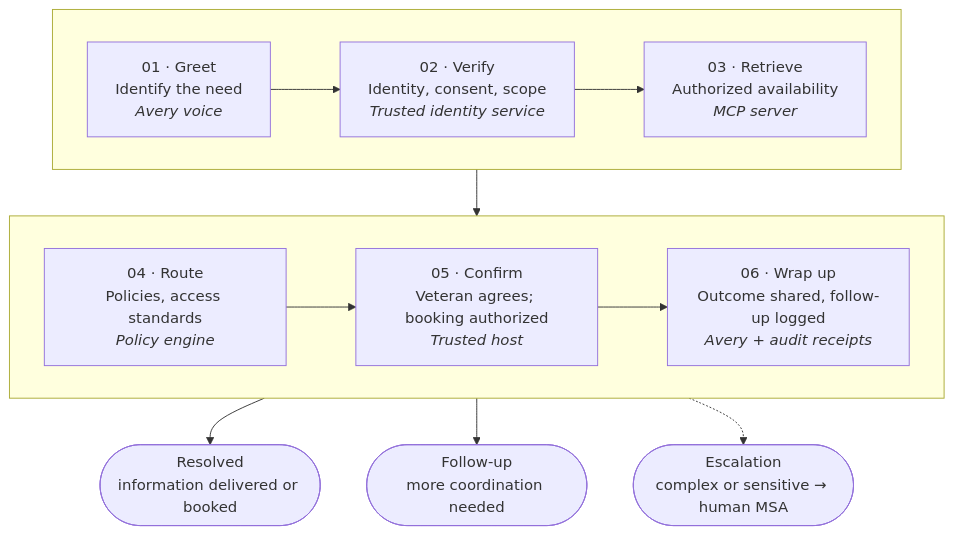
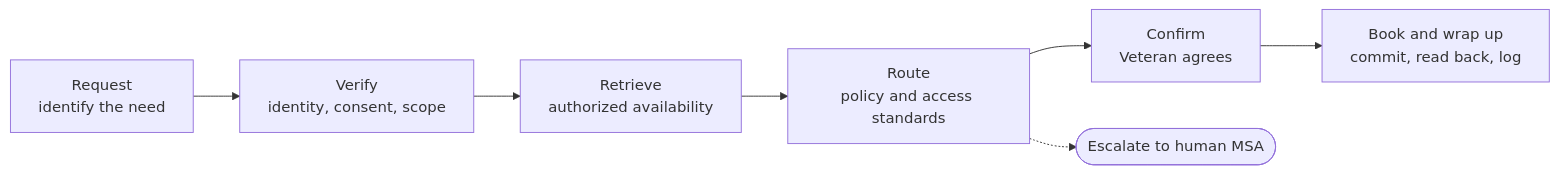
One commit to gsa-mcp-hackathon/veteran-access-bridge-mcp-server changed the diagram in for-judges/01-problem-and-solution/README.md. Above: the diagram before and after it, drawn with Mermaid. The commit also changed other lines of this file, not shown here.

````diff
--- a/for-judges/01-problem-and-solution/README.md
+++ b/for-judges/01-problem-and-solution/README.md
@@ -41,15 +35,9 @@
 ```mermaid
-flowchart TB
-    subgraph J[" "]
-        direction LR
-        A["01 · Greet<br/>Identify the need<br/><i>Avery voice</i>"] --> B["02 · Verify<br/>Identity, consent, scope<br/><i>Trusted identity service</i>"] --> C["03 · Retrieve<br/>Authorized availability<br/><i>MCP server</i>"]
-    end
-    subgraph K[" "]
-        direction LR
-        D["04 · Route<br/>Policies, access standards<br/><i>Policy engine</i>"] --> E["05 · Confirm<br/>Veteran agrees; booking authorized<br/><i>Trusted host</i>"] --> F["06 · Wrap up<br/>Outcome shared, follow-up logged<br/><i>Avery + audit receipts</i>"]
-    end
-    C --> D
-    F --> R1(["Resolved<br/>information delivered or booked"])
-    F --> R2(["Follow-up<br/>more coordination needed"])
-    D -.-> R3(["Escalation<br/>complex or sensitive → human MSA"])
+flowchart LR
+    A["Request<br/>identify the need"] --> B["Verify<br/>identity, consent, scope"]
+    B --> C["Retrieve<br/>authorized availability"]
+    C --> D["Route<br/>policy and access standards"]
+    D --> E["Confirm<br/>Veteran agrees"]
+    E --> F["Book and wrap up<br/>commit, read back, log"]
+    D -.-> G(["Escalate to human MSA"])
 ```
````
